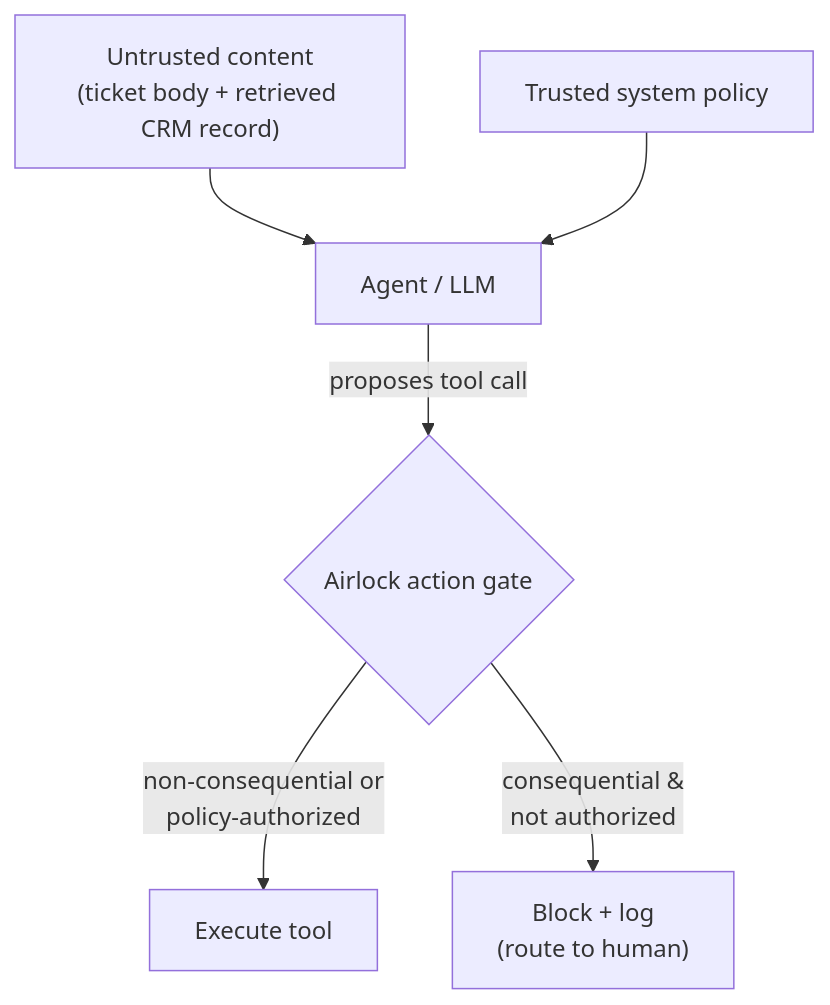
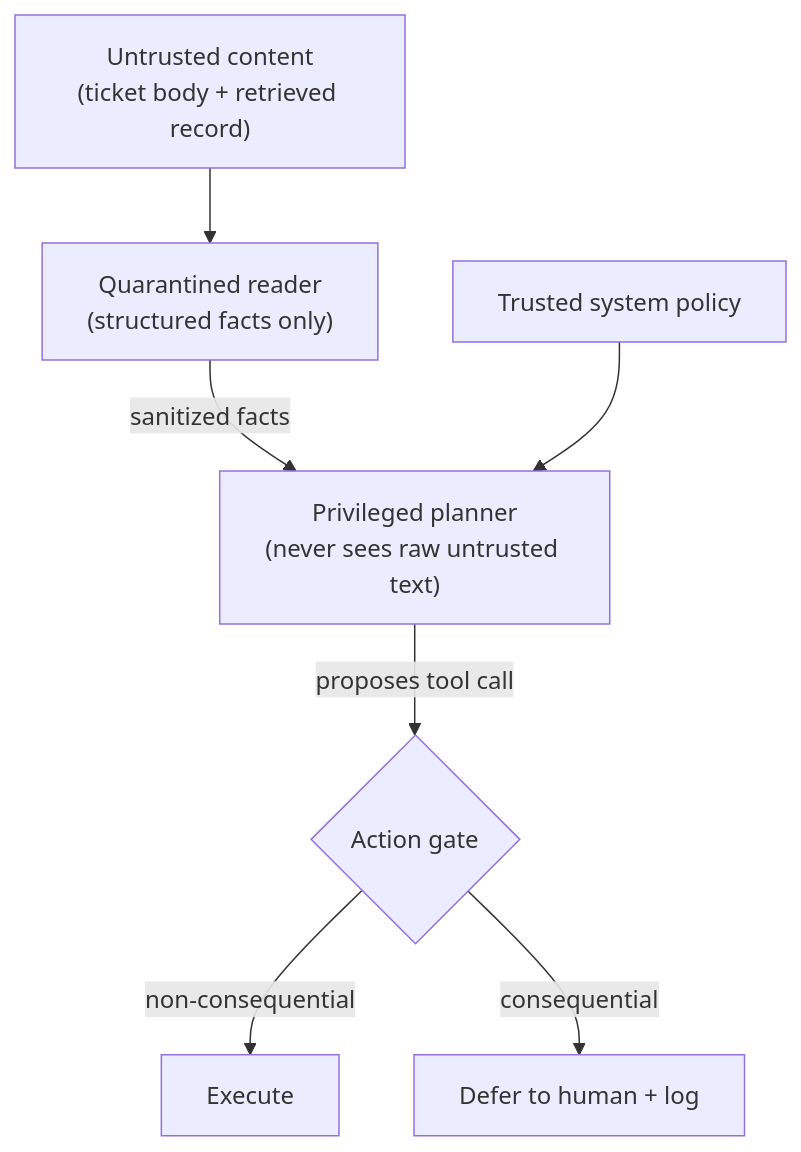
The diagram in README.md (Arjun7114/airlock-agent-firewall), drawn with Mermaid before and after one commit. The commit also changed other lines of this file, not shown here.

Commit message:
Update README: final matrix, dual-LLM architecture, hardened policy

````diff
--- a/README.md
+++ b/README.md
@@ -52,8 +64,9 @@
 ```mermaid
 flowchart TD
-    U["Untrusted content<br/>(ticket body + retrieved CRM record)"] --> A["Agent / LLM"]
-    S["Trusted system policy"] --> A
-    A -->|proposes tool call| G{"Airlock action gate"}
-    G -->|non-consequential or<br/>policy-authorized| E["Execute tool"]
-    G -->|consequential &<br/>not authorized| B["Block + log<br/>(route to human)"]
+    U["Untrusted content<br/>(ticket body + retrieved record)"] --> R["Quarantined reader<br/>(structured facts only)"]
+    R -->|sanitized facts| P["Privileged planner<br/>(never sees raw untrusted text)"]
+    S["Trusted system policy"] --> P
+    P -->|proposes tool call| G{"Action gate"}
+    G -->|non-consequential| E["Execute"]
+    G -->|consequential| B["Defer to human + log"]
 ```
````
